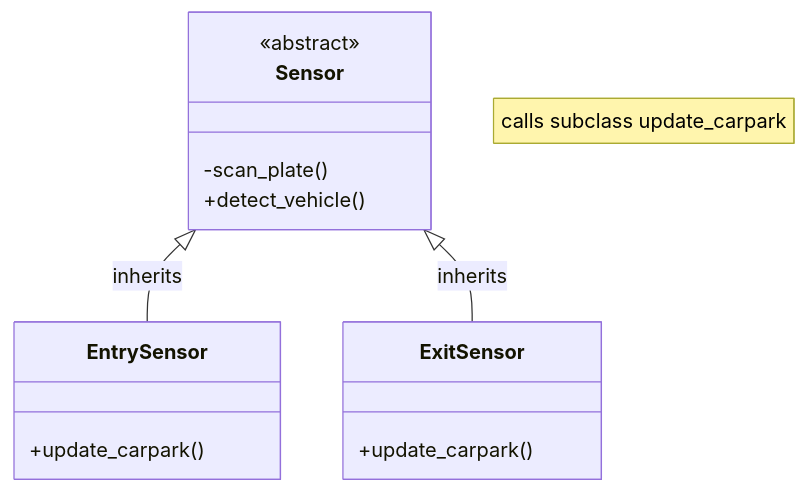
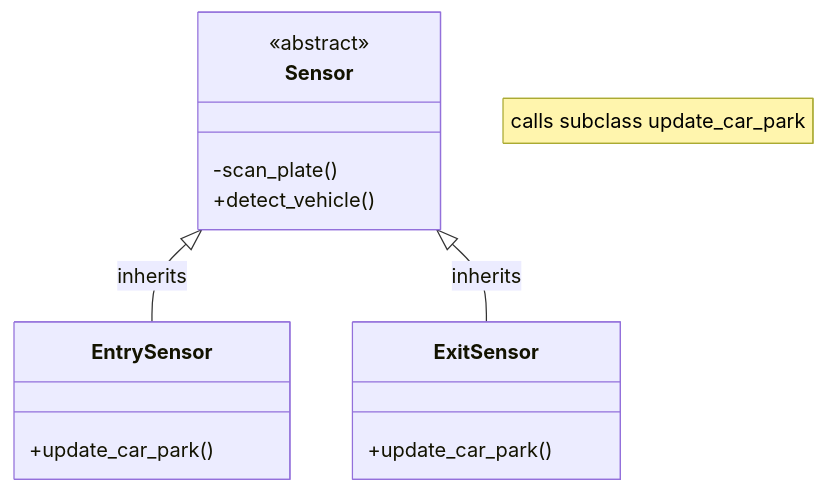
One commit to NM-TAFE/civ-ipriot-in-class-demos changed the third of 3 diagrams in activities/carpark-prj-guided.md. Above: the diagram before and after it, drawn with Mermaid. The commit also changed other lines of this file, not shown here.

````diff
--- a/activities/carpark-prj-guided.md
+++ b/activities/carpark-prj-guided.md
@@ -543,18 +536,18 @@
 ```mermaid
 classDiagram
         class Sensor {
         <<abstract>>
         -scan_plate()
         +detect_vehicle()
     }
-    note "calls subclass update_carpark"
+    note "calls subclass update_car_park"
     
     class EntrySensor {
-        +update_carpark()
+        +update_car_park()
     }
     class ExitSensor {
-        +update_carpark()
+        +update_car_park()
     }
     Sensor <|-- EntrySensor : inherits
     Sensor <|-- ExitSensor : inherits
 ```
````
